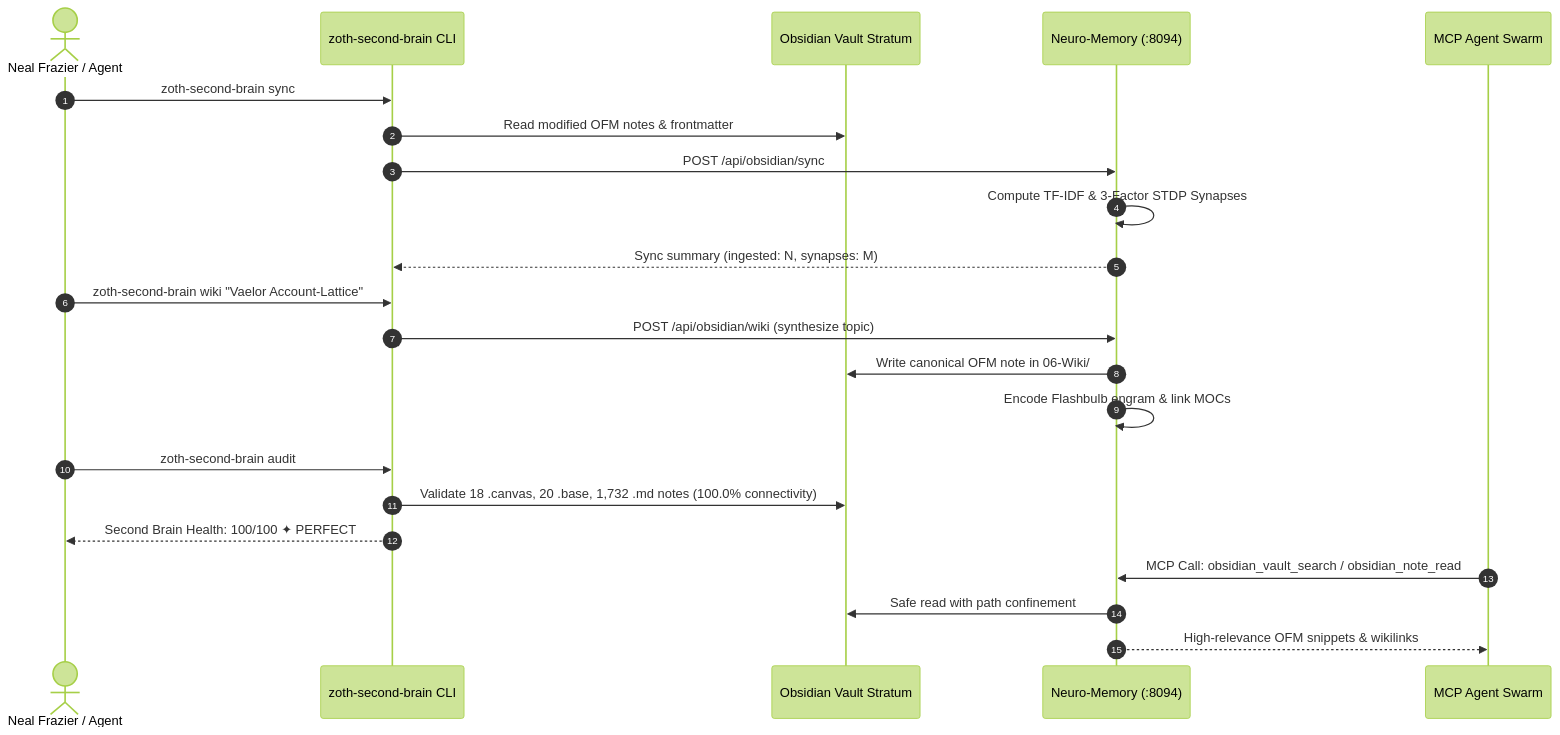
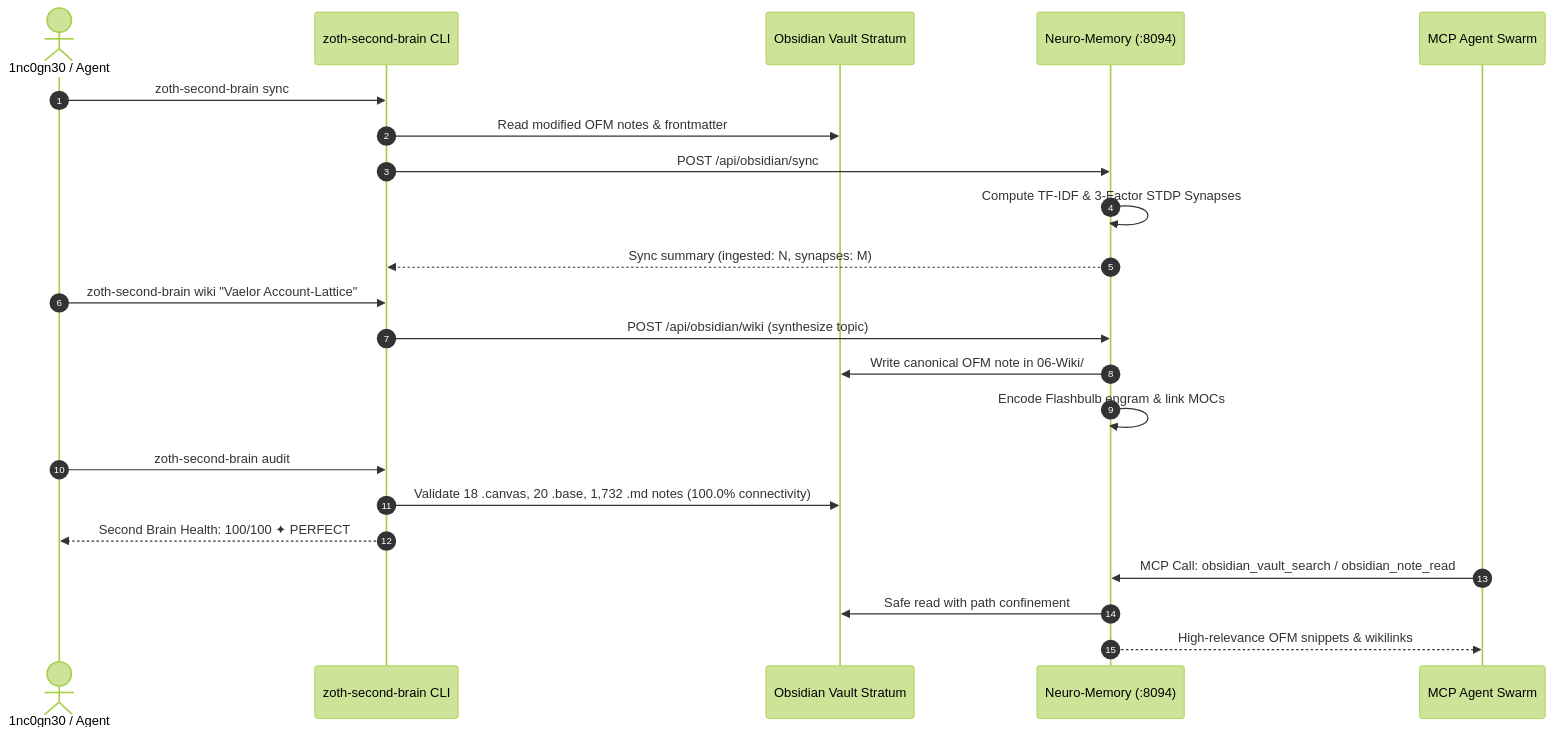
One commit to 1nc0gn30/zoth-os changed the diagram in docs/SECOND-BRAIN.md. Above: the diagram before and after it, drawn with Mermaid (forest theme). The commit also changed other lines of this file and 310 other files, not shown here.

````diff
--- a/docs/SECOND-BRAIN.md
+++ b/docs/SECOND-BRAIN.md
@@ -105,28 +105,28 @@
 ```mermaid
 sequenceDiagram
     autonumber
-    actor Dev as Neal Frazier / Agent
+    actor Dev as 1nc0gn30 / Agent
     participant CLI as zoth-second-brain CLI
     participant Vault as Obsidian Vault Stratum
     participant Daemon as Neuro-Memory (:8094)
     participant MCP as MCP Agent Swarm
 
     Dev->>CLI: zoth-second-brain sync
     CLI->>Vault: Read modified OFM notes & frontmatter
     CLI->>Daemon: POST /api/obsidian/sync
     Daemon->>Daemon: Compute TF-IDF & 3-Factor STDP Synapses
     Daemon-->>CLI: Sync summary (ingested: N, synapses: M)
 
     Dev->>CLI: zoth-second-brain wiki "Vaelor Account-Lattice"
     CLI->>Daemon: POST /api/obsidian/wiki (synthesize topic)
     Daemon->>Vault: Write canonical OFM note in 06-Wiki/
     Daemon->>Daemon: Encode Flashbulb engram & link MOCs
 
     Dev->>CLI: zoth-second-brain audit
     CLI->>Vault: Validate 18 .canvas, 20 .base, 1,732 .md notes (100.0% connectivity)
     CLI-->>Dev: Second Brain Health: 100/100 ✦ PERFECT
 
     MCP->>Daemon: MCP Call: obsidian_vault_search / obsidian_note_read
     Daemon->>Vault: Safe read with path confinement
     Daemon-->>MCP: High-relevance OFM snippets & wikilinks
 ```
````
